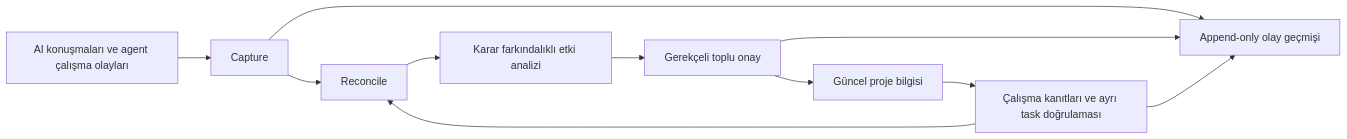
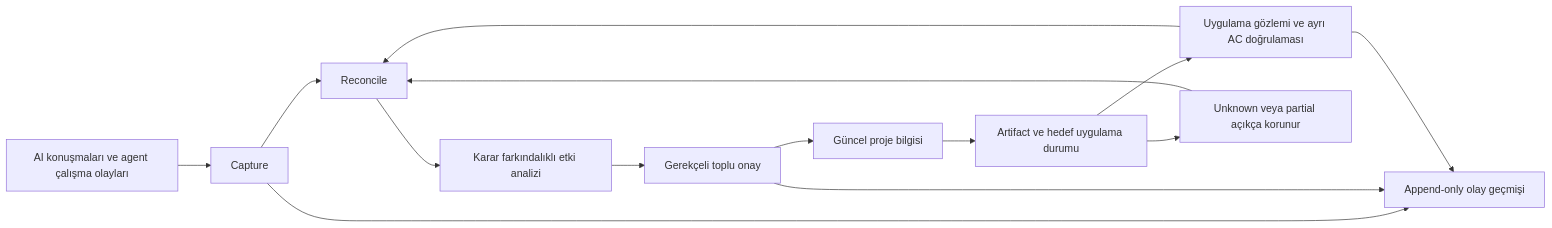
The diagram in README.md (alphanAkbulut/decivora), drawn with Mermaid before and after one commit. The commit also changed other lines of this file and 41 other files, not shown here.

````diff
--- a/README.md
+++ b/README.md
@@ -21,13 +23,16 @@
 ```mermaid
 flowchart LR
     A[AI konuşmaları ve agent çalışma olayları] --> B[Capture]
     B --> C[Reconcile]
     C --> D[Karar farkındalıklı etki analizi]
     D --> E[Gerekçeli toplu onay]
     E --> F[Güncel proje bilgisi]
-    F --> G[Çalışma kanıtları ve ayrı task doğrulaması]
+    F --> X[Artifact ve hedef uygulama durumu]
+    X --> G[Uygulama gözlemi ve ayrı AC doğrulaması]
+    X --> U[Unknown veya partial açıkça korunur]
     G --> C
+    U --> C
     B --> H[Append-only olay geçmişi]
     E --> H
     G --> H
 ```
````
